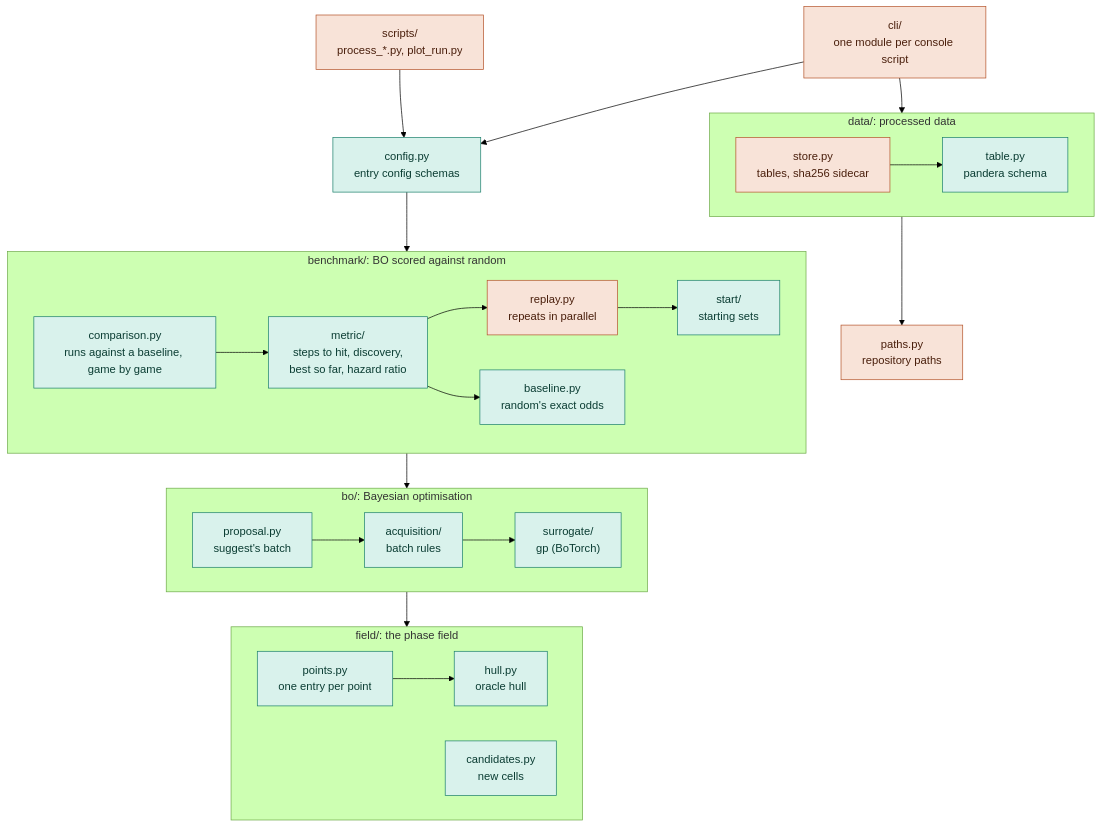
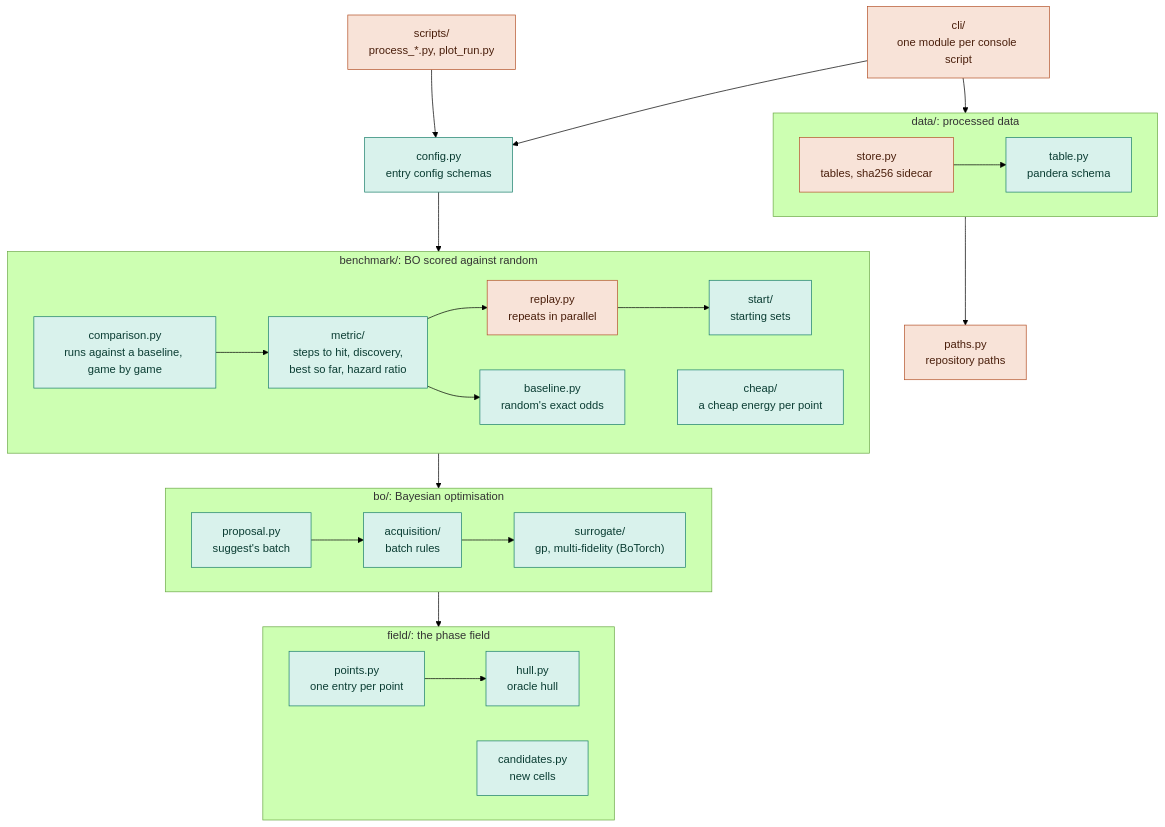
The first of 2 diagrams in CONTRIBUTING.md (nuinashco/PhaseBO), drawn with Mermaid (forest theme) before and after one commit. The commit also changed other lines of this file and 48 other files, not shown here.

Commit message:
feat(benchmark): add multi-fidelity benchmarks (#7)

````diff
--- a/CONTRIBUTING.md
+++ b/CONTRIBUTING.md
@@ -10,38 +10,39 @@
 ```mermaid
 flowchart TD
     scripts["scripts/<br/>process_*.py, plot_run.py"]:::side
     cli["cli/<br/>one module per console script"]:::side
     config["config.py<br/>entry config schemas"]:::pure
     subgraph benchmark["benchmark/: BO scored against random"]
         comparison["comparison.py<br/>runs against a baseline, game by game"]:::pure
         metric["metric/<br/>steps to hit, discovery,<br/>best so far, hazard ratio"]:::pure
         replay["replay.py<br/>repeats in parallel"]:::side
         start["start/<br/>starting sets"]:::pure
         baseline["baseline.py<br/>random's exact odds"]:::pure
+        cheap["cheap/<br/>a cheap energy per point"]:::pure
         comparison --> metric --> replay --> start
         metric --> baseline
     end
     subgraph bo["bo/: Bayesian optimisation"]
         proposal["proposal.py<br/>suggest's batch"]:::pure
         acquisition["acquisition/<br/>batch rules"]:::pure
-        surrogate["surrogate/<br/>gp (BoTorch)"]:::pure
+        surrogate["surrogate/<br/>gp, multi-fidelity (BoTorch)"]:::pure
         proposal --> acquisition --> surrogate
     end
     subgraph field["field/: the phase field"]
         points["points.py<br/>one entry per point"]:::pure
         hull["hull.py<br/>oracle hull"]:::pure
         candidates["candidates.py<br/>new cells"]:::pure
         points --> hull
     end
     subgraph data["data/: processed data"]
         store["store.py<br/>tables, sha256 sidecar"]:::side
         table["table.py<br/>pandera schema"]:::pure
         store --> table
     end
     paths["paths.py<br/>repository paths"]:::side
     scripts --> config
     cli --> config --> benchmark --> bo --> field
     cli --> data --> paths
     classDef pure fill:#d9f2ec,stroke:#1b7f6b,color:#0b3d33
     classDef side fill:#f8e3d8,stroke:#b4532a,color:#4a1f0c
 ```
````
